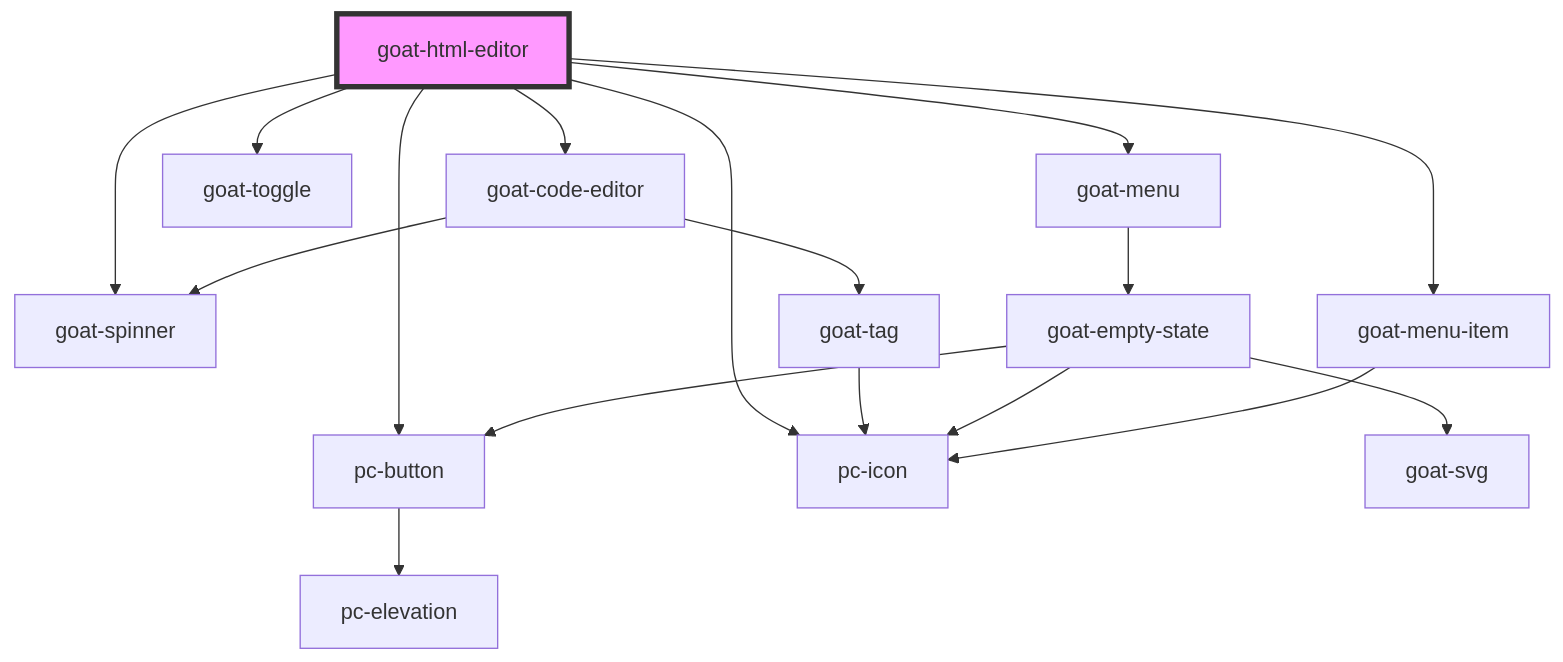
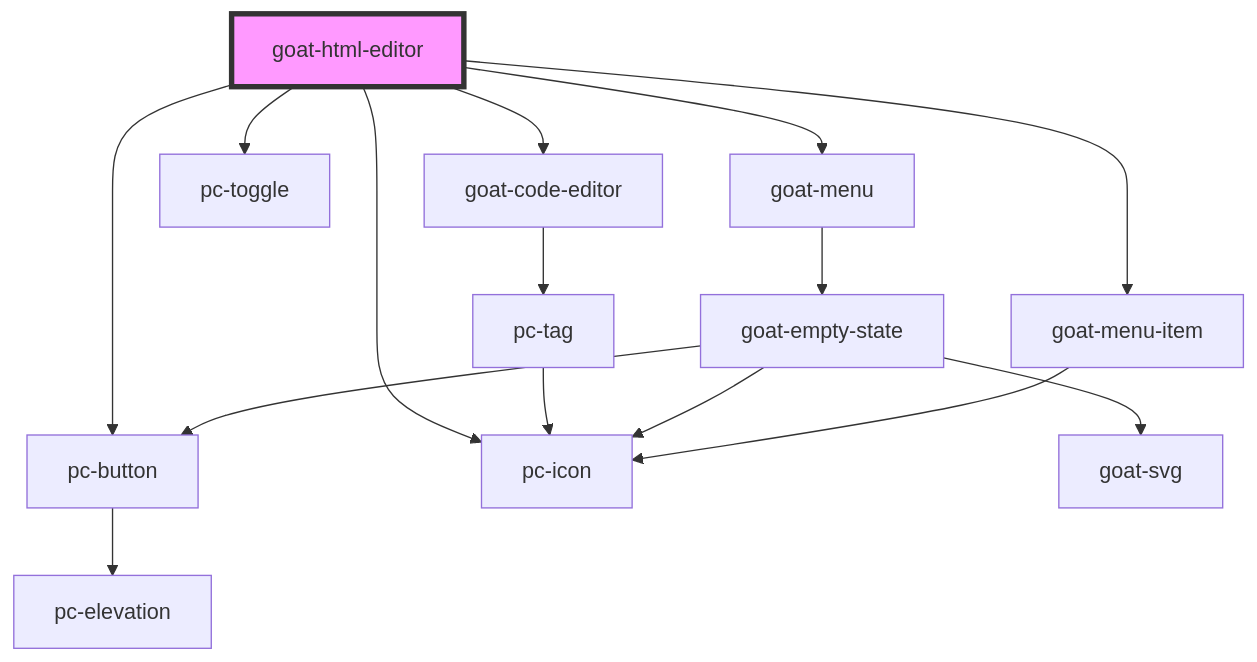
Before and after one commit to redvars/peacock: the diagram in src/components/input-controls/html-editor/readme.md, drawn with Mermaid. The commit also changed other lines of this file and 127 other files, not shown here.

````diff
--- a/src/components/input-controls/html-editor/readme.md
+++ b/src/components/input-controls/html-editor/readme.md
@@ -85,20 +84,18 @@
 ```mermaid
 graph TD;
   goat-html-editor --> pc-button
   goat-html-editor --> pc-icon
-  goat-html-editor --> goat-spinner
   goat-html-editor --> goat-code-editor
-  goat-html-editor --> goat-toggle
+  goat-html-editor --> pc-toggle
   goat-html-editor --> goat-menu
   goat-html-editor --> goat-menu-item
   pc-button --> pc-elevation
-  goat-code-editor --> goat-tag
-  goat-code-editor --> goat-spinner
-  goat-tag --> pc-icon
+  goat-code-editor --> pc-tag
+  pc-tag --> pc-icon
   goat-menu --> goat-empty-state
   goat-empty-state --> goat-svg
   goat-empty-state --> pc-button
   goat-empty-state --> pc-icon
   goat-menu-item --> pc-icon
   style goat-html-editor fill:#f9f,stroke:#333,stroke-width:4px
 ```
````
